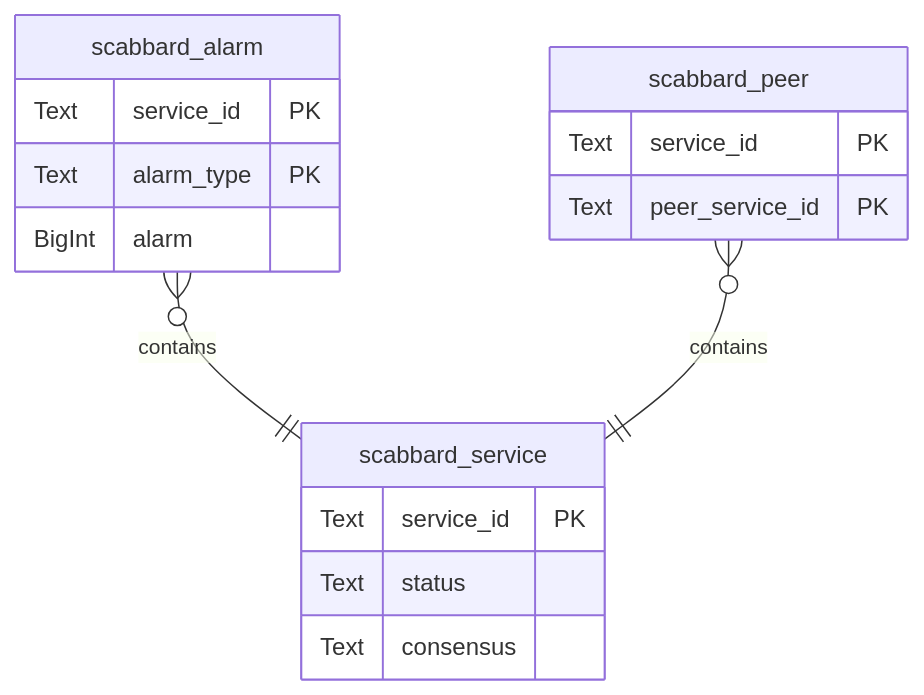
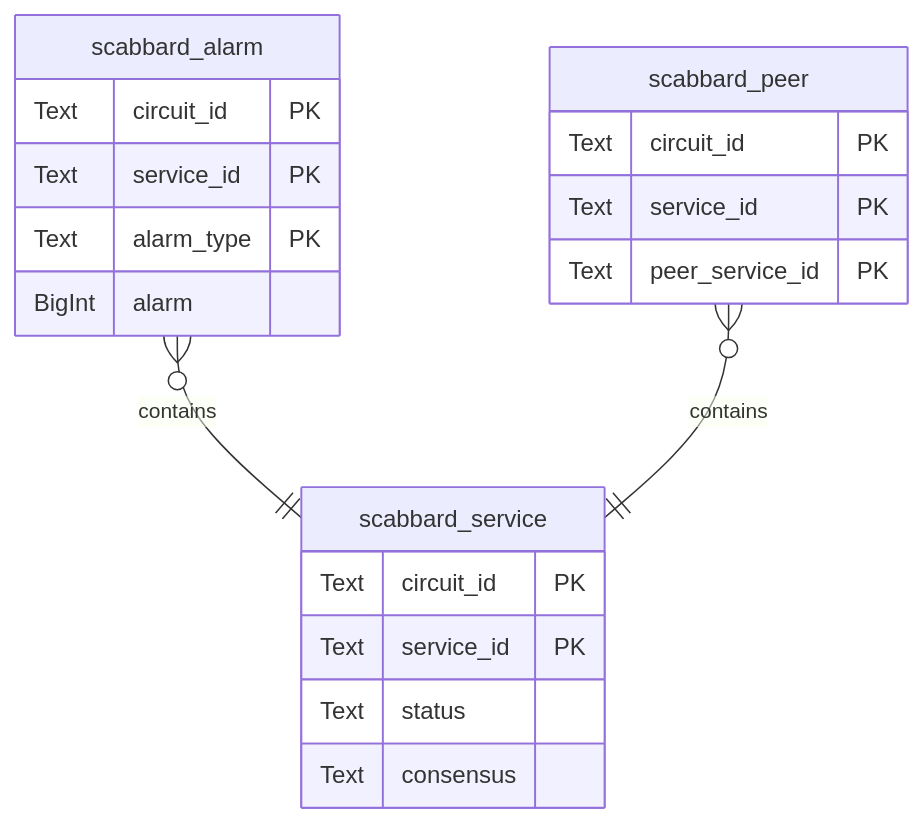
Before and after one commit to Cargill/splinter-docs: the first of 4 diagrams in community/planning/splinter_v0.7_database.md, drawn with Mermaid. The commit also changed other lines of this file, not shown here.

```diff
--- a/community/planning/splinter_v0.7_database.md
+++ b/community/planning/splinter_v0.7_database.md
@@ -10,23 +10,26 @@
 <div class="mermaid">
 erDiagram
     scabbard_service {
+        Text circuit_id PK
         Text service_id PK
         Text status
         Text consensus
     }
 
     scabbard_alarm {
+        Text circuit_id PK
         Text service_id PK
         Text alarm_type PK
         BigInt alarm
     }
 
     scabbard_alarm }o--|| scabbard_service: contains
 
     scabbard_peer {
+        Text circuit_id PK
         Text service_id PK
         Text peer_service_id PK
     }
 
     scabbard_peer }o--|| scabbard_service: contains
 </div>
```
